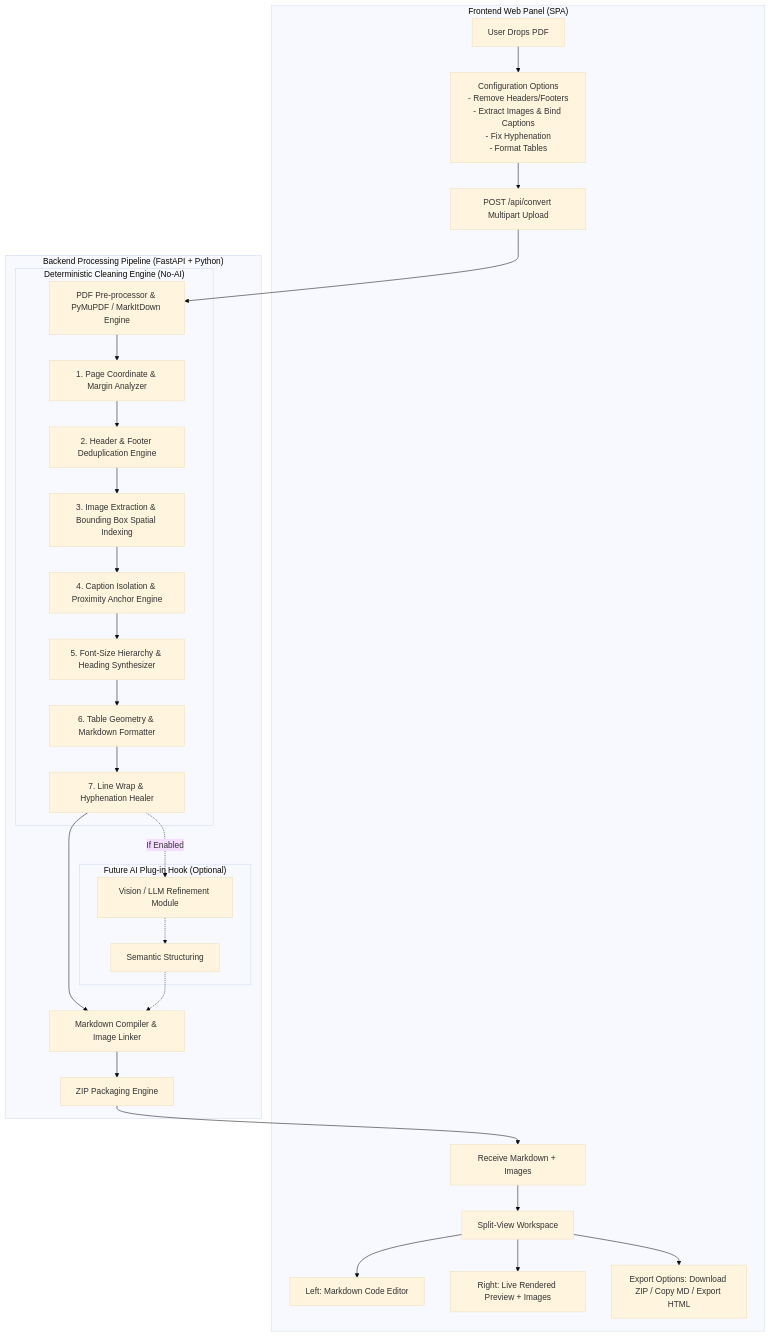
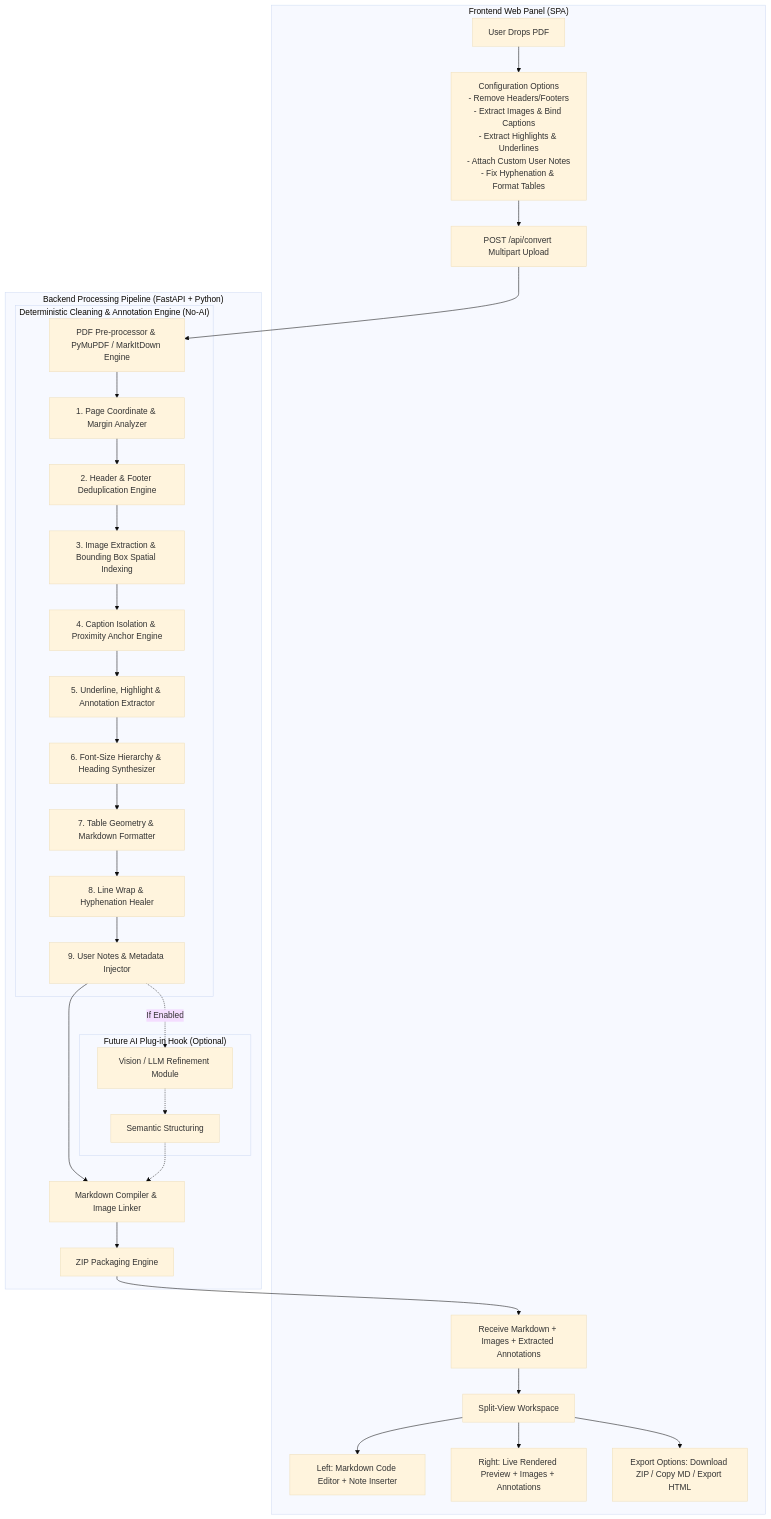
Before and after one commit to SoofiBD/personal-dashboard: the diagram in PDF_TO_MARKDOWN_SYSTEM_SPECIFICATION.md, drawn with Mermaid (base theme). The commit also changed other lines of this file and 42 other files, not shown here.

Commit message:
feat: implement PDF-to-Markdown conversion system using background job processing and a dedicated Python worker service

````diff
--- a/PDF_TO_MARKDOWN_SYSTEM_SPECIFICATION.md
+++ b/PDF_TO_MARKDOWN_SYSTEM_SPECIFICATION.md
@@ -23,35 +53,37 @@
 ```mermaid
 flowchart TD
     subgraph Client_Side ["Frontend Web Panel (SPA)"]
-        A[User Drops PDF] --> B[Configuration Options\n- Remove Headers/Footers\n- Extract Images & Bind Captions\n- Fix Hyphenation\n- Format Tables]
+        A[User Drops PDF] --> B[Configuration Options\n- Remove Headers/Footers\n- Extract Images & Bind Captions\n- Extract Highlights & Underlines\n- Attach Custom User Notes\n- Fix Hyphenation & Format Tables]
         B --> C[POST /api/convert Multipart Upload]
-        G[Receive Markdown + Images] --> H[Split-View Workspace]
-        H --> H1[Left: Markdown Code Editor]
-        H --> H2[Right: Live Rendered Preview + Images]
+        G[Receive Markdown + Images + Extracted Annotations] --> H[Split-View Workspace]
+        H --> H1[Left: Markdown Code Editor + Note Inserter]
+        H --> H2[Right: Live Rendered Preview + Images + Annotations]
         H --> I[Export Options: Download ZIP / Copy MD / Export HTML]
     end
 
     subgraph Server_Side ["Backend Processing Pipeline (FastAPI + Python)"]
         C --> D[PDF Pre-processor & PyMuPDF / MarkItDown Engine]
         
-        subgraph Deterministic_Pipeline ["Deterministic Cleaning Engine (No-AI)"]
+        subgraph Deterministic_Pipeline ["Deterministic Cleaning & Annotation Engine (No-AI)"]
             D --> E1[1. Page Coordinate & Margin Analyzer]
             E1 --> E2[2. Header & Footer Deduplication Engine]
             E2 --> E3[3. Image Extraction & Bounding Box Spatial Indexing]
             E3 --> E4[4. Caption Isolation & Proximity Anchor Engine]
-            E4 --> E5[5. Font-Size Hierarchy & Heading Synthesizer]
-            E5 --> E6[6. Table Geometry & Markdown Formatter]
-            E6 --> E7[7. Line Wrap & Hyphenation Healer]
+            E4 --> E5[5. Underline, Highlight & Annotation Extractor]
+            E5 --> E6[6. Font-Size Hierarchy & Heading Synthesizer]
+            E6 --> E7[7. Table Geometry & Markdown Formatter]
+            E7 --> E8[8. Line Wrap & Hyphenation Healer]
+            E8 --> E9[9. User Notes & Metadata Injector]
         end
         
         subgraph Future_AI_Hook ["Future AI Plug-in Hook (Optional)"]
-            E7 -.->|If Enabled| F1[Vision / LLM Refinement Module]
+            E9 -.->|If Enabled| F1[Vision / LLM Refinement Module]
             F1 -.-> F2[Semantic Structuring]
         end
         
-        E7 --> J[Markdown Compiler & Image Linker]
+        E9 --> J[Markdown Compiler & Image Linker]
         F2 -.-> J
         J --> K[ZIP Packaging Engine]
         K --> G
     end
 ```
````
